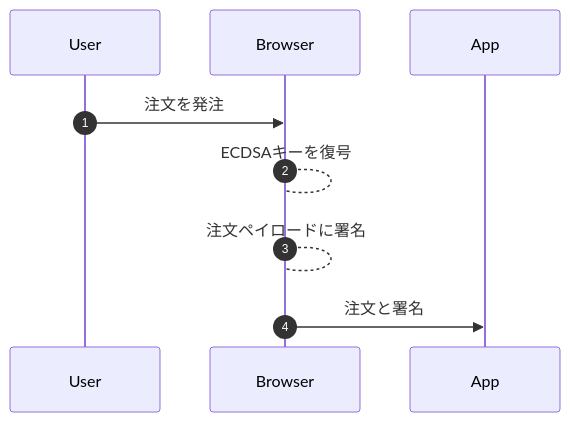
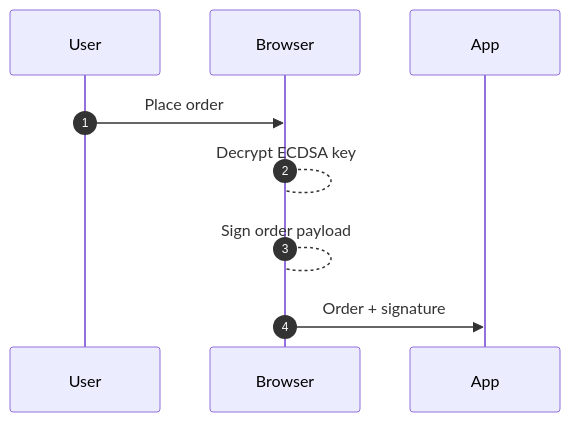
Before and after one commit to sunriselayer/gitbook: the sixth of 8 diagrams in ja/learn/gluon.md, drawn with Mermaid. The commit also changed other lines of this file and 19 other files, not shown here.

````diff
--- a/ja/learn/gluon.md
+++ b/ja/learn/gluon.md
@@ -141,8 +141,8 @@
 ```mermaid
 sequenceDiagram
     autonumber
-    User     ->> Browser : 注文を発注
-    Browser  --> Browser : ECDSAキーを復号
-    Browser  --> Browser : 注文ペイロードに署名
-    Browser  ->> App     : 注文と署名
+    User     ->> Browser : Place order
+    Browser  --> Browser : Decrypt ECDSA key
+    Browser  --> Browser : Sign order payload
+    Browser  ->> App     : Order + signature
 ```
````
